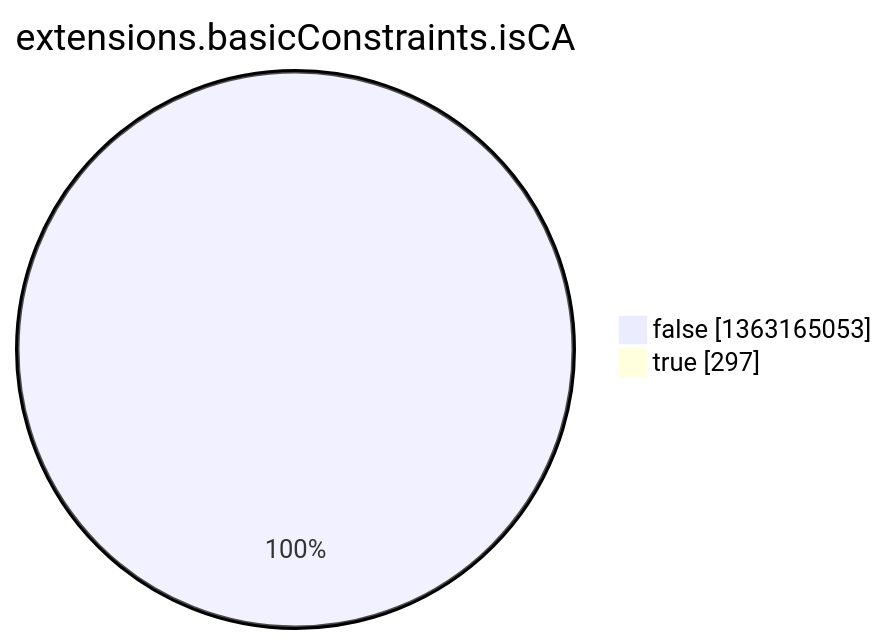
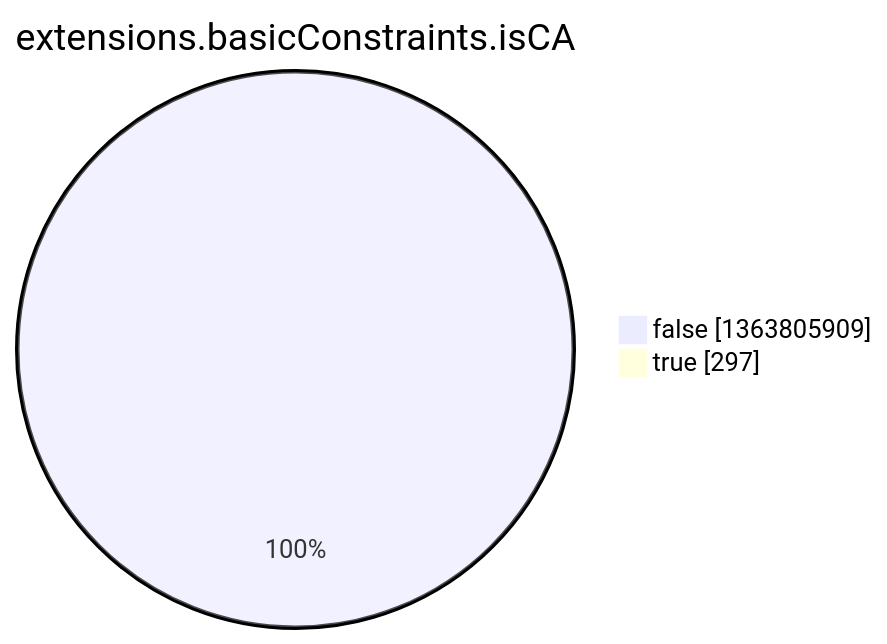
Before and after one commit to christiankrug/ctmonitor_visualization: the eighth of 15 diagrams in argon2022/README.md, drawn with Mermaid. The commit also changed other lines of this file, not shown here.

````diff
--- a/argon2022/README.md
+++ b/argon2022/README.md
@@ -2758,6 +2758,6 @@
 ```mermaid
 pie showData
 title extensions.basicConstraints.isCA
-"false" :1363165053
+"false" :1363805909
 "true" :297
 ```
````
